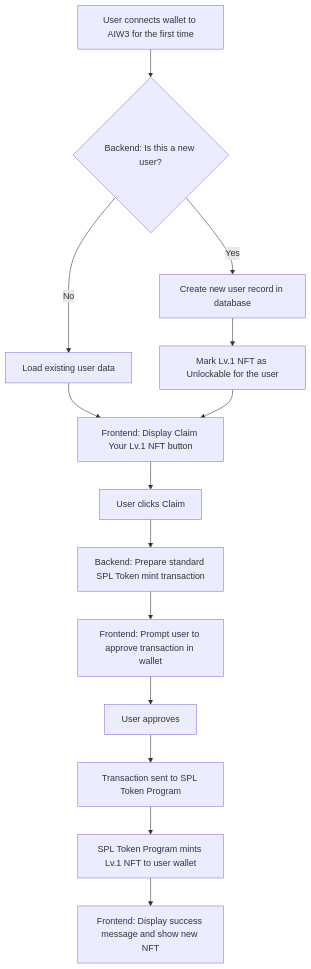
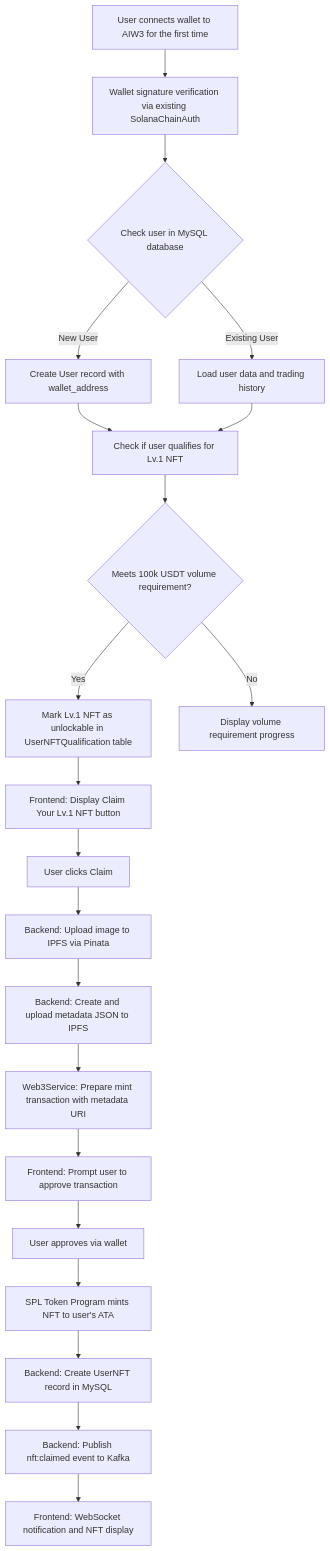
The second of 4 diagrams in docs/AIW3-NFT-Implementation-Guide.md (ljg-cqu/aiw3-nft-solana), drawn with Mermaid before and after one commit. The commit also changed other lines of this file and 2 other files, not shown here.

Commit message:
docs: update system diagrams with detailed data models and integration flows

````diff
--- a/docs/AIW3-NFT-Implementation-Guide.md
+++ b/docs/AIW3-NFT-Implementation-Guide.md
@@ -200,16 +214,23 @@
 ```mermaid
 flowchart TD
-    A[User connects wallet to AIW3 for the first time] --> B{Backend: Is this a new user?}
-    B -->|Yes| C[Create new user record in database]
-    B -->|No| D[Load existing user data]
-    C --> E[Mark Lv.1 NFT as Unlockable for the user]
-    D --> F[Frontend: Display Claim Your Lv.1 NFT button]
+    A[User connects wallet to AIW3 for the first time] --> B[Wallet signature verification via existing SolanaChainAuth]
+    B --> C{Check user in MySQL database}
+    C -->|New User| D[Create User record with wallet_address]
+    C -->|Existing User| E[Load user data and trading history]
+    D --> F[Check if user qualifies for Lv.1 NFT]
     E --> F
-    F --> G[User clicks Claim]
-    G --> H[Backend: Prepare standard SPL Token mint transaction]
-    H --> I[Frontend: Prompt user to approve transaction in wallet]
-    I --> J[User approves]
-    J --> K[Transaction sent to SPL Token Program]
-    K --> L[SPL Token Program mints Lv.1 NFT to user wallet]
-    L --> M[Frontend: Display success message and show new NFT]
+    F --> G{Meets 100k USDT volume requirement?}
+    G -->|Yes| H[Mark Lv.1 NFT as unlockable in UserNFTQualification table]
+    G -->|No| I[Display volume requirement progress]
+    H --> J[Frontend: Display Claim Your Lv.1 NFT button]
+    J --> K[User clicks Claim]
+    K --> L[Backend: Upload image to IPFS via Pinata]
+    L --> M[Backend: Create and upload metadata JSON to IPFS]
+    M --> N[Web3Service: Prepare mint transaction with metadata URI]
+    N --> O[Frontend: Prompt user to approve transaction]
+    O --> P[User approves via wallet]
+    P --> Q[SPL Token Program mints NFT to user's ATA]
+    Q --> R[Backend: Create UserNFT record in MySQL]
+    R --> S[Backend: Publish nft:claimed event to Kafka]
+    S --> T[Frontend: WebSocket notification and NFT display]
 ```
````
